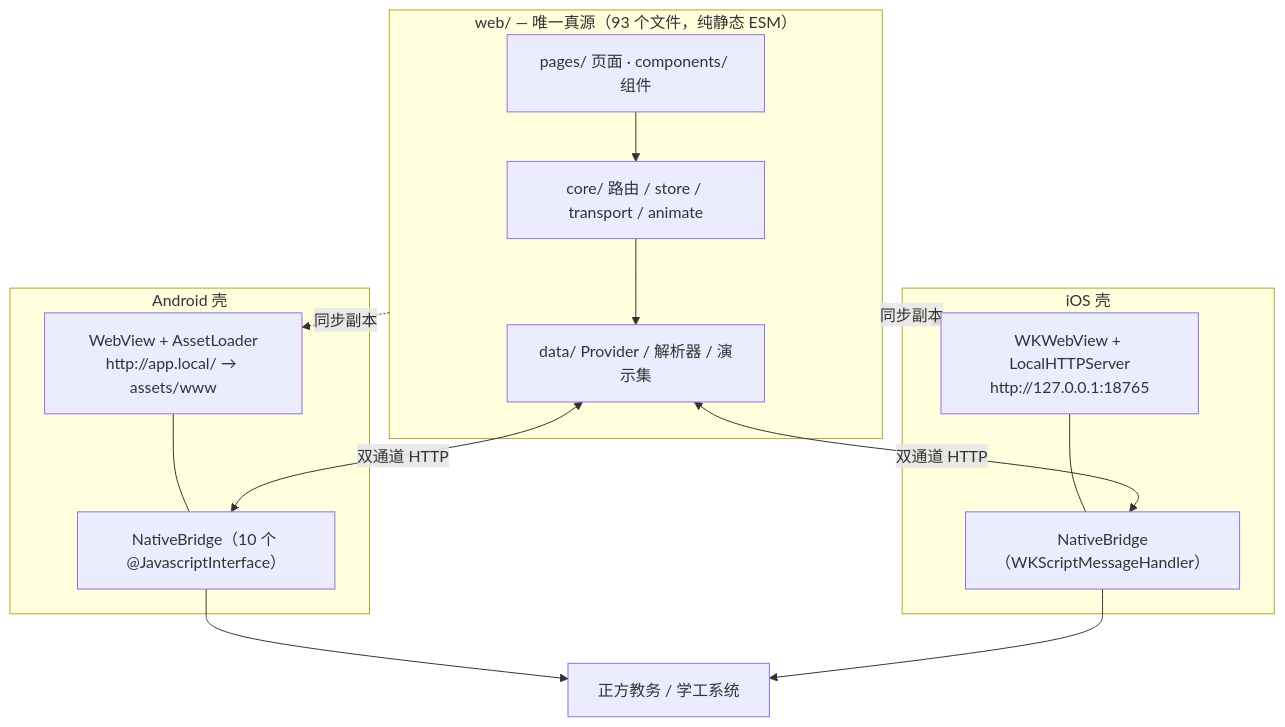
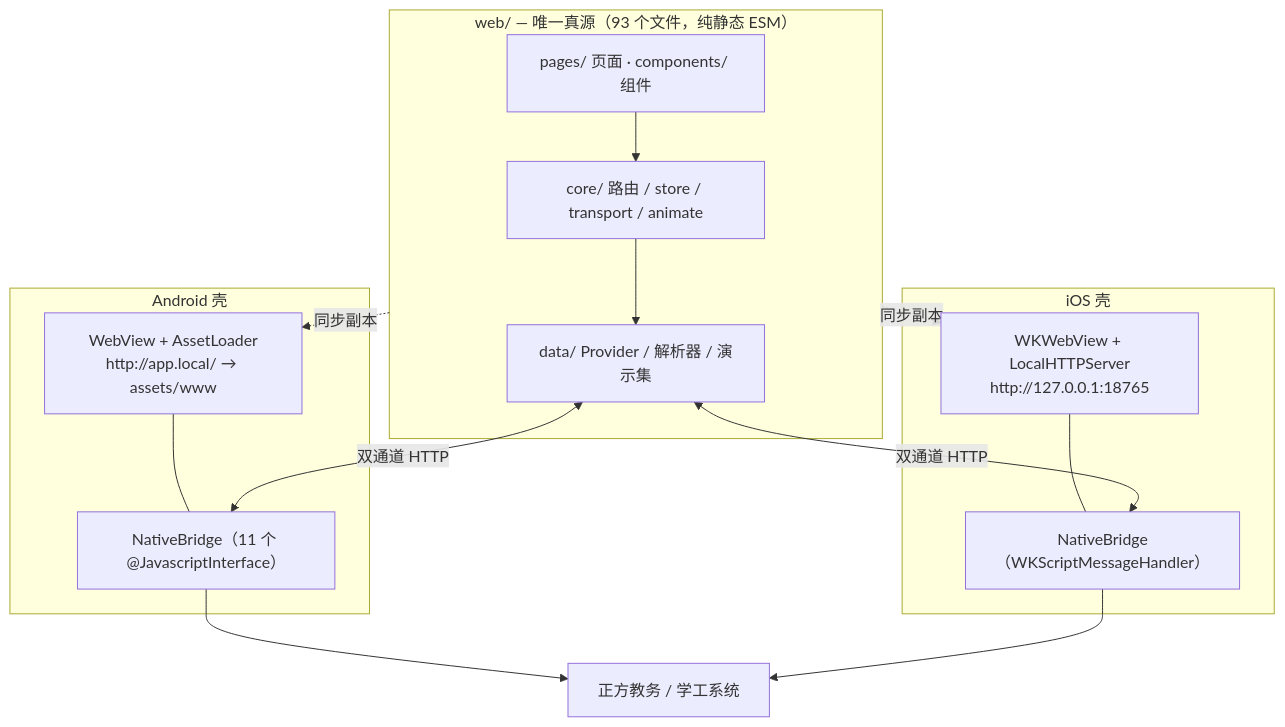
Before and after one commit to Chanmingfei/zstangshi: the diagram in README.md, drawn with Mermaid. The commit also changed other lines of this file and 30 other files, not shown here.

````diff
--- a/README.md
+++ b/README.md
@@ -73,25 +75,25 @@
 ```mermaid
 flowchart TB
     subgraph H5["web/ — 唯一真源（93 个文件，纯静态 ESM）"]
         P["pages/ 页面 · components/ 组件"]
         C["core/ 路由 / store / transport / animate"]
         D["data/ Provider / 解析器 / 演示集"]
         P --> C --> D
     end
     subgraph A["Android 壳"]
         AW["WebView + AssetLoader<br/>http://app.local/ → assets/www"]
-        AB["NativeBridge（10 个 @JavascriptInterface）"]
+        AB["NativeBridge（11 个 @JavascriptInterface）"]
         AW --- AB
     end
     subgraph I["iOS 壳"]
         IW["WKWebView + LocalHTTPServer<br/>http://127.0.0.1:18765"]
         IB["NativeBridge（WKScriptMessageHandler）"]
         IW --- IB
     end
     H5 -.同步副本.-> AW
     H5 -.同步副本.-> IW
     D <-->|双通道 HTTP| AB
     D <-->|双通道 HTTP| IB
     AB --> J["正方教务 / 学工系统"]
     IB --> J
 ```
````
